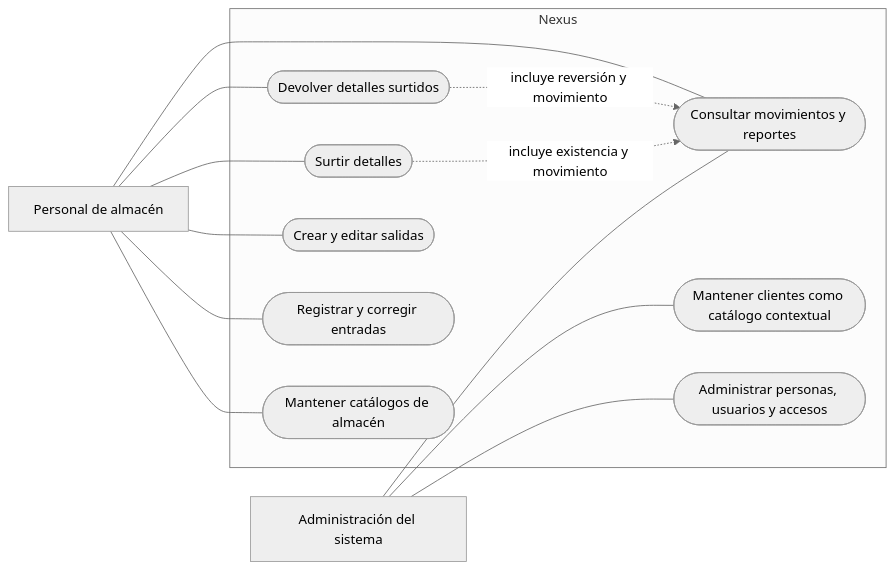
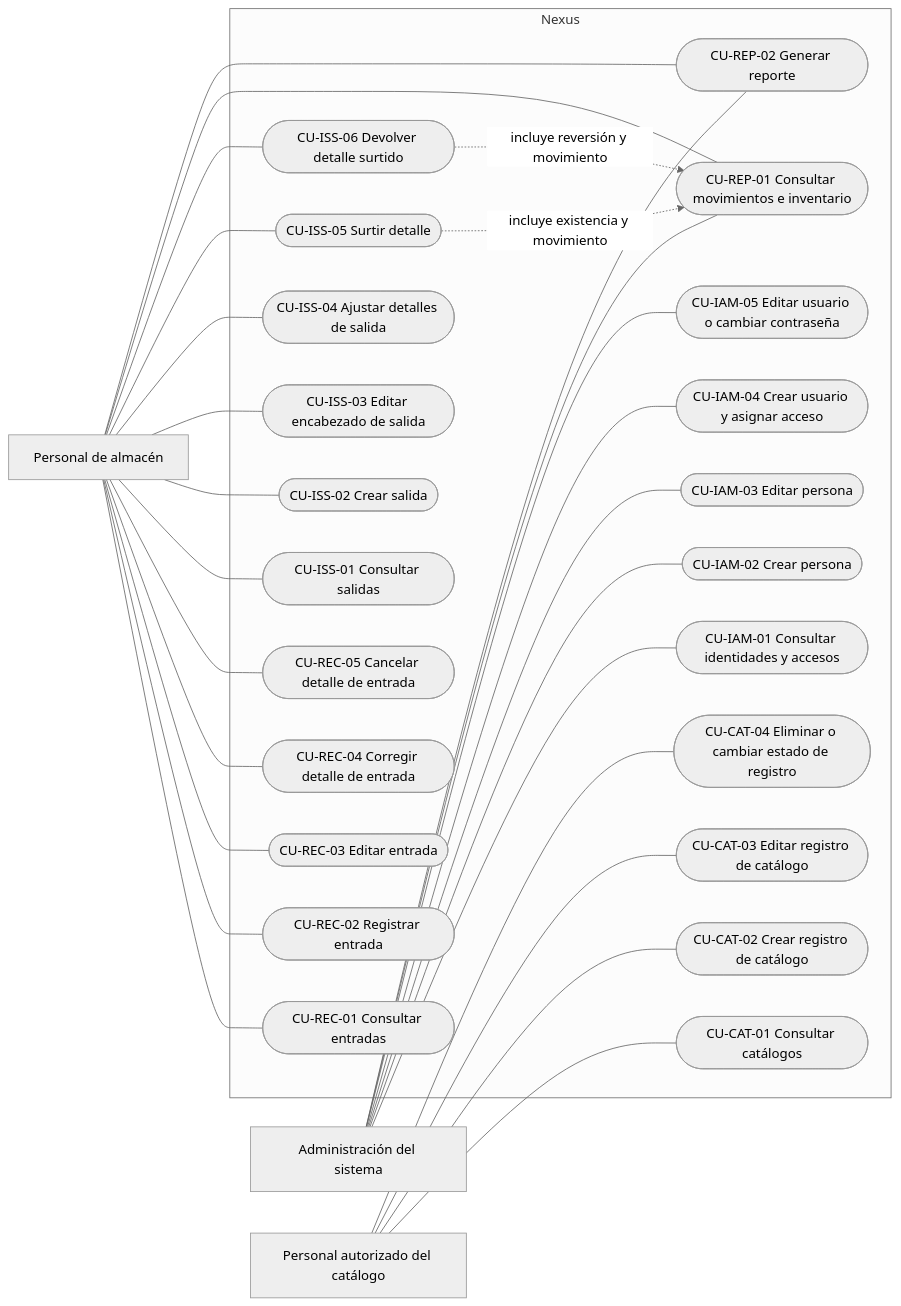
Before and after one commit to gpgsistemas01/nexus: the second of 3 diagrams in docs/requirements/domain-and-use-cases.md, drawn with Mermaid (neutral theme). The commit also changed other lines of this file and 9 other files, not shown here.

Commit message:
docs: organize architecture views by viewpoint

````diff
--- a/docs/requirements/domain-and-use-cases.md
+++ b/docs/requirements/domain-and-use-cases.md
@@ -74,28 +74,58 @@
 ```mermaid
 flowchart LR
     warehouse["Personal de almacén"]
     admin["Administración del sistema"]
+    catalogOperator["Personal autorizado del catálogo"]
 
     subgraph nexus["Nexus"]
-        ucCatalogs(["Mantener catálogos de almacén"])
-        ucReceipts(["Registrar y corregir entradas"])
-        ucIssues(["Crear y editar salidas"])
-        ucSupply(["Surtir detalles"])
-        ucReturn(["Devolver detalles surtidos"])
-        ucMovements(["Consultar movimientos y reportes"])
-        ucIdentity(["Administrar personas, usuarios y accesos"])
-        ucClients(["Mantener clientes como catálogo contextual"])
+        ucIdentityQuery(["CU-IAM-01 Consultar identidades y accesos"])
+        ucPersonCreate(["CU-IAM-02 Crear persona"])
+        ucPersonEdit(["CU-IAM-03 Editar persona"])
+        ucUserCreate(["CU-IAM-04 Crear usuario y asignar acceso"])
+        ucUserEdit(["CU-IAM-05 Editar usuario o cambiar contraseña"])
+        ucCatalogQuery(["CU-CAT-01 Consultar catálogos"])
+        ucCatalogCreate(["CU-CAT-02 Crear registro de catálogo"])
+        ucCatalogEdit(["CU-CAT-03 Editar registro de catálogo"])
+        ucCatalogRemove(["CU-CAT-04 Eliminar o cambiar estado de registro"])
+        ucReceiptQuery(["CU-REC-01 Consultar entradas"])
+        ucReceiptCreate(["CU-REC-02 Registrar entrada"])
+        ucReceiptEdit(["CU-REC-03 Editar entrada"])
+        ucReceiptCorrect(["CU-REC-04 Corregir detalle de entrada"])
+        ucReceiptCancel(["CU-REC-05 Cancelar detalle de entrada"])
+        ucIssueQuery(["CU-ISS-01 Consultar salidas"])
+        ucIssueCreate(["CU-ISS-02 Crear salida"])
+        ucIssueHeader(["CU-ISS-03 Editar encabezado de salida"])
+        ucIssueDetails(["CU-ISS-04 Ajustar detalles de salida"])
+        ucSupply(["CU-ISS-05 Surtir detalle"])
+        ucReturn(["CU-ISS-06 Devolver detalle surtido"])
+        ucMovements(["CU-REP-01 Consultar movimientos e inventario"])
+        ucReports(["CU-REP-02 Generar reporte"])
     end
 
-    warehouse --- ucCatalogs
-    warehouse --- ucReceipts
-    warehouse --- ucIssues
+    catalogOperator --- ucCatalogQuery
+    catalogOperator --- ucCatalogCreate
+    catalogOperator --- ucCatalogEdit
+    catalogOperator --- ucCatalogRemove
+    warehouse --- ucReceiptQuery
+    warehouse --- ucReceiptCreate
+    warehouse --- ucReceiptEdit
+    warehouse --- ucReceiptCorrect
+    warehouse --- ucReceiptCancel
+    warehouse --- ucIssueQuery
+    warehouse --- ucIssueCreate
+    warehouse --- ucIssueHeader
+    warehouse --- ucIssueDetails
     warehouse --- ucSupply
     warehouse --- ucReturn
     warehouse --- ucMovements
-    admin --- ucIdentity
-    admin --- ucClients
+    warehouse --- ucReports
+    admin --- ucIdentityQuery
+    admin --- ucPersonCreate
+    admin --- ucPersonEdit
+    admin --- ucUserCreate
+    admin --- ucUserEdit
     admin --- ucMovements
+    admin --- ucReports
     ucSupply -.->|incluye existencia y movimiento| ucMovements
     ucReturn -.->|incluye reversión y movimiento| ucMovements
 ```
````
